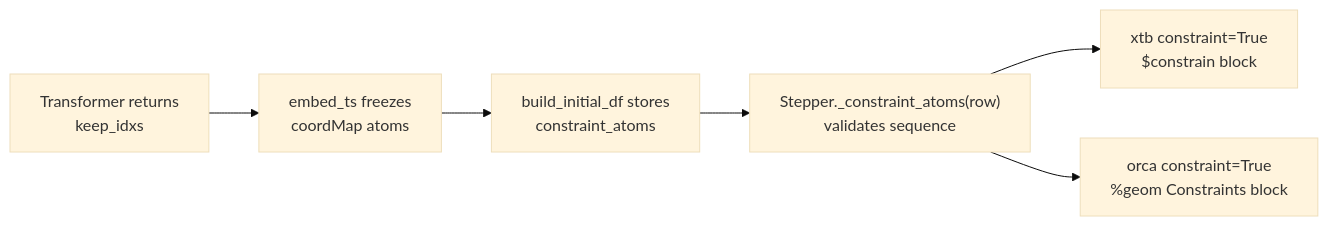
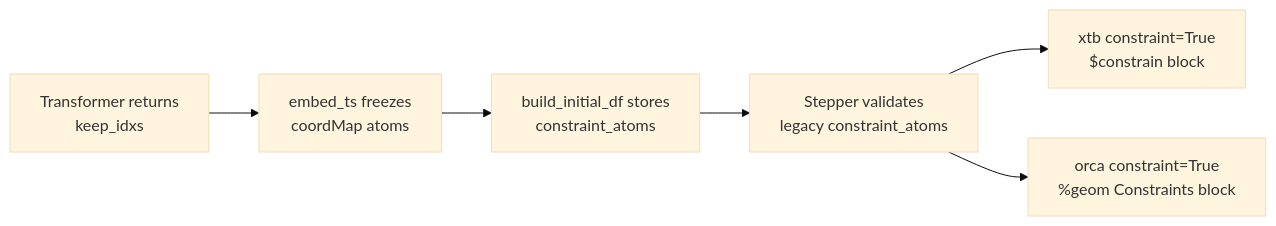
Before and after one commit to MolinDiscovery/FRUST: the second of 2 diagrams in docs/tutorials/templates.md, drawn with Mermaid (base theme). The commit also changed other lines of this file and 33 other files, not shown here.

````diff
--- a/docs/tutorials/templates.md
+++ b/docs/tutorials/templates.md
@@ -282,13 +289,13 @@
 ```mermaid
 flowchart LR
     A["Transformer returns<br/>keep_idxs"]
     B["embed_ts freezes<br/>coordMap atoms"]
     C["build_initial_df stores<br/>constraint_atoms"]
-    D["Stepper._constraint_atoms(row)<br/>validates sequence"]
+    D["Stepper validates<br/>legacy constraint_atoms"]
     E["xtb constraint=True<br/>$constrain block"]
     F["orca constraint=True<br/>%geom Constraints block"]
 
     A --> B --> C --> D
     D --> E
     D --> F
 ```
````
